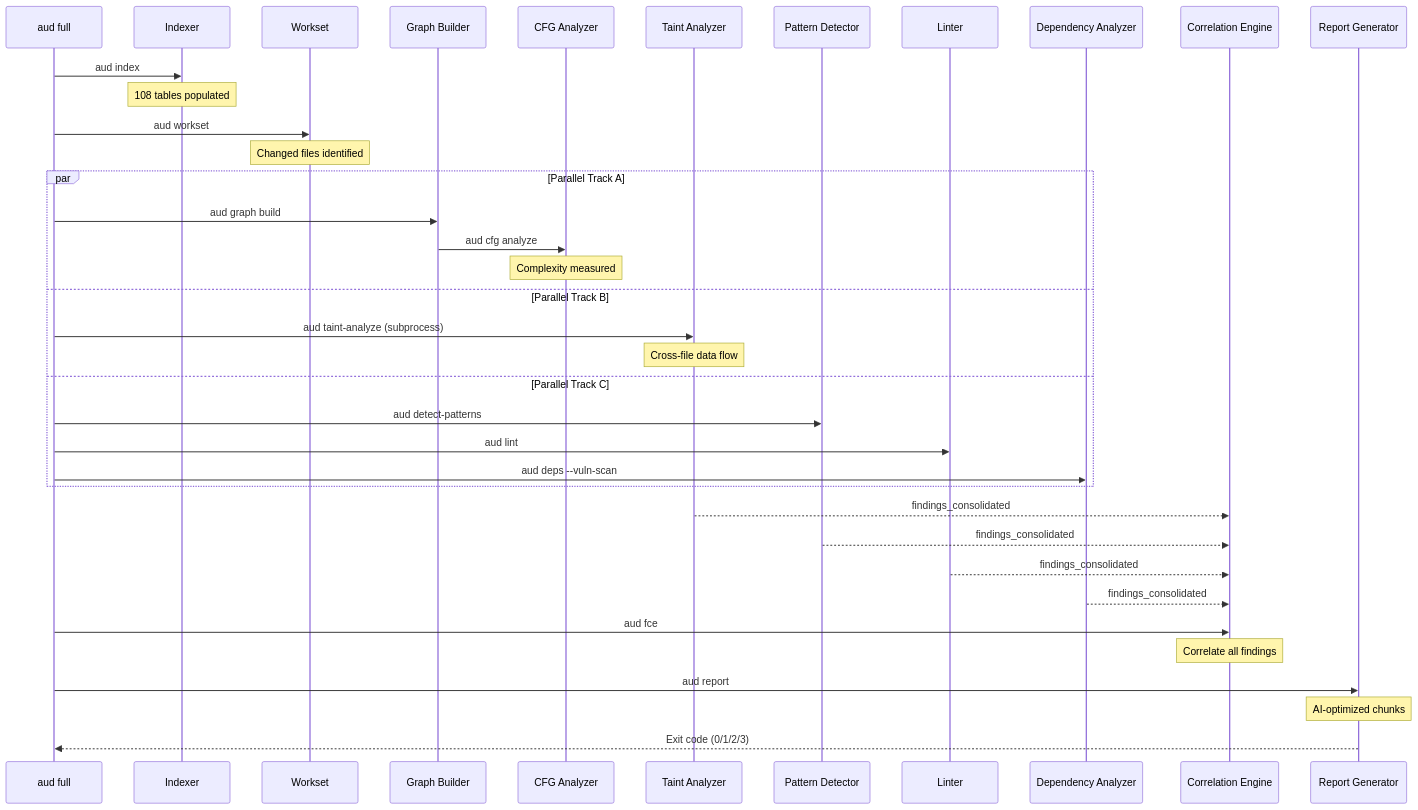
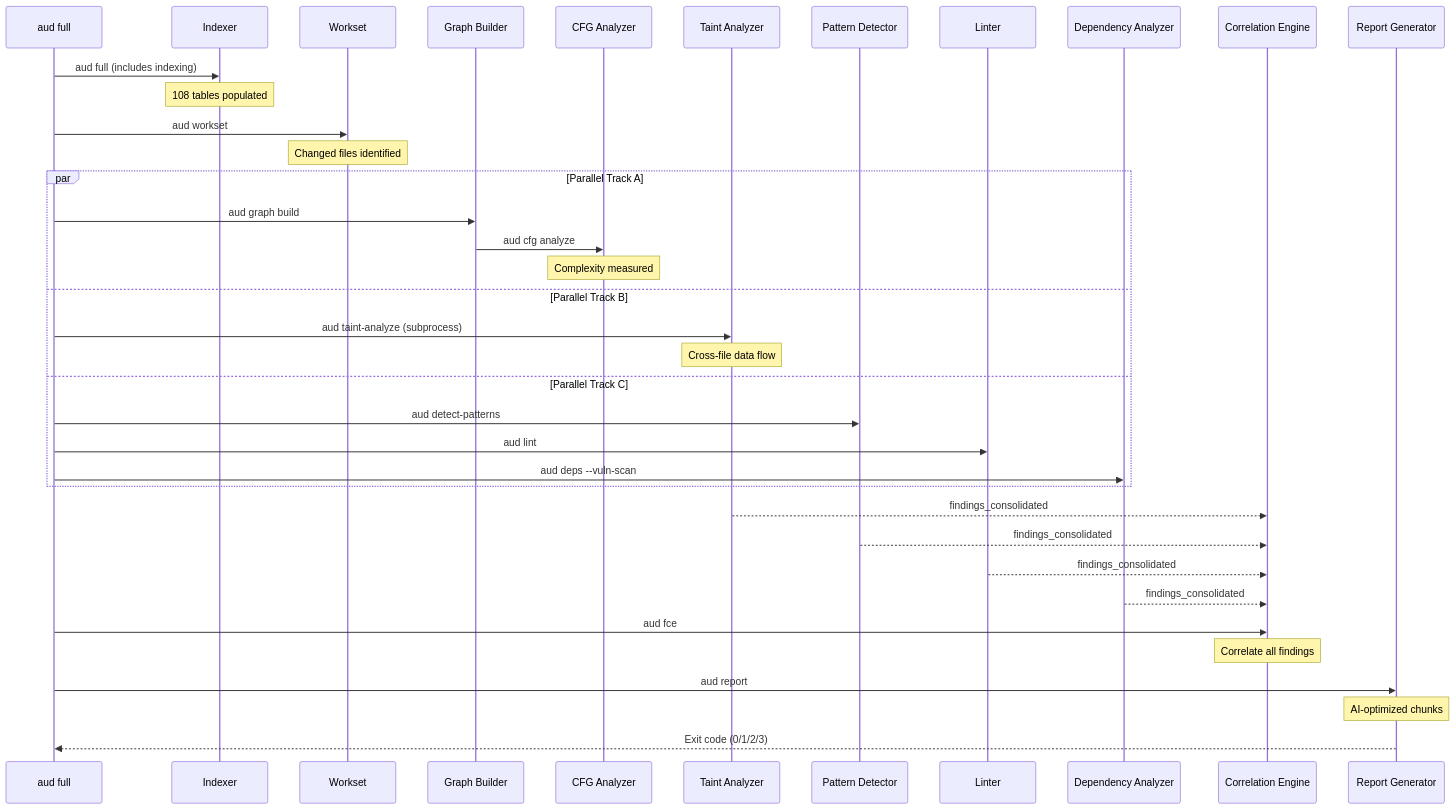
One commit to TheAuditorTool/Auditor changed diagram 11 of 13 in Architecture.md. Above: the diagram before and after it, drawn with Mermaid. The commit also changed other lines of this file and 37 other files, not shown here.

````diff
--- a/Architecture.md
+++ b/Architecture.md
@@ -970,46 +970,46 @@
 ```mermaid
 sequenceDiagram
     participant CLI as aud full
     participant Indexer as Indexer
     participant Workset as Workset
     participant Graphs as Graph Builder
     participant CFG as CFG Analyzer
     participant Taint as Taint Analyzer
     participant Patterns as Pattern Detector
     participant Lint as Linter
     participant Deps as Dependency Analyzer
     participant FCE as Correlation Engine
     participant Report as Report Generator
 
-    CLI->>Indexer: aud index
+    CLI->>Indexer: aud full (includes indexing)
     Note over Indexer: 108 tables populated
 
     CLI->>Workset: aud workset
     Note over Workset: Changed files identified
 
     par Parallel Track A
         CLI->>Graphs: aud graph build
         Graphs->>CFG: aud cfg analyze
         Note over CFG: Complexity measured
     and Parallel Track B
         CLI->>Taint: aud taint-analyze (subprocess)
         Note over Taint: Cross-file data flow
     and Parallel Track C
         CLI->>Patterns: aud detect-patterns
         CLI->>Lint: aud lint
         CLI->>Deps: aud deps --vuln-scan
     end
 
     Taint-->>FCE: findings_consolidated
     Patterns-->>FCE: findings_consolidated
     Lint-->>FCE: findings_consolidated
     Deps-->>FCE: findings_consolidated
 
     CLI->>FCE: aud fce
     Note over FCE: Correlate all findings
 
     CLI->>Report: aud report
     Note over Report: AI-optimized chunks
 
     Report-->>CLI: Exit code (0/1/2/3)
 ```
````
